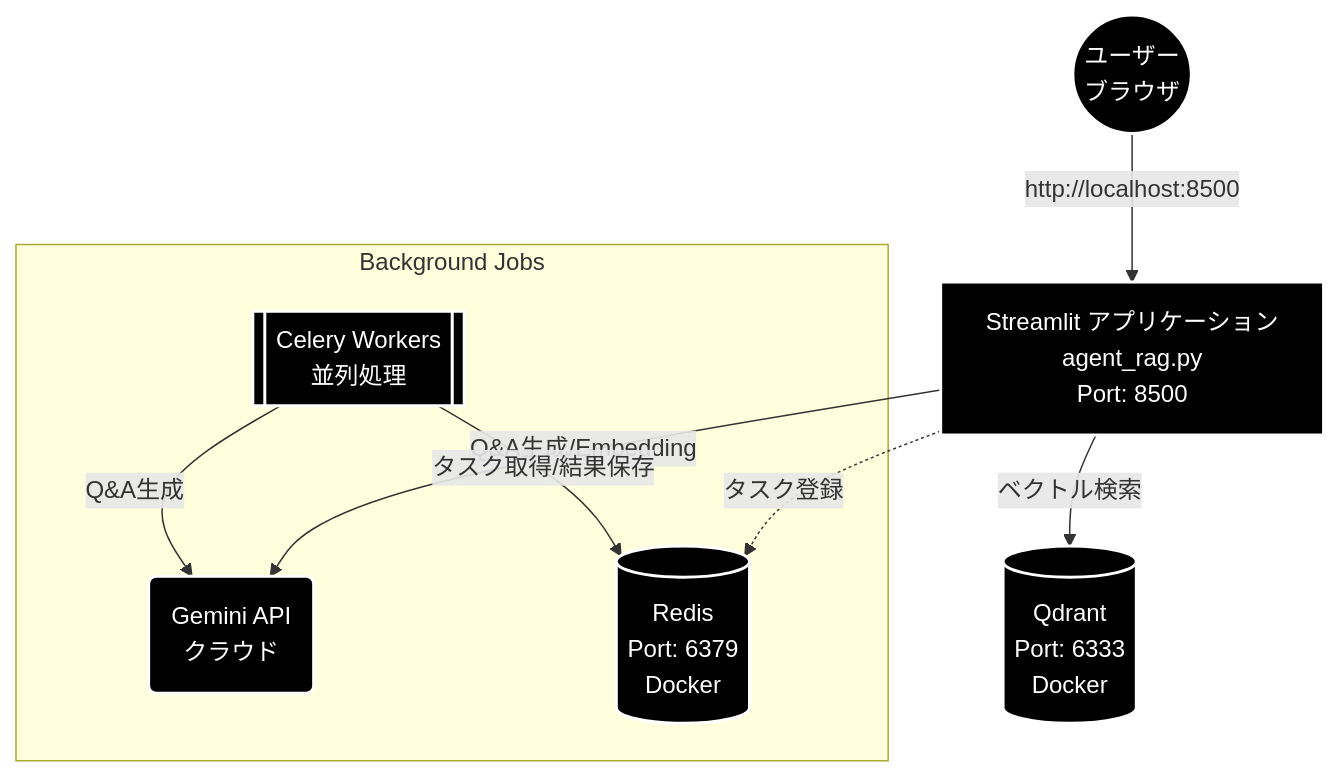
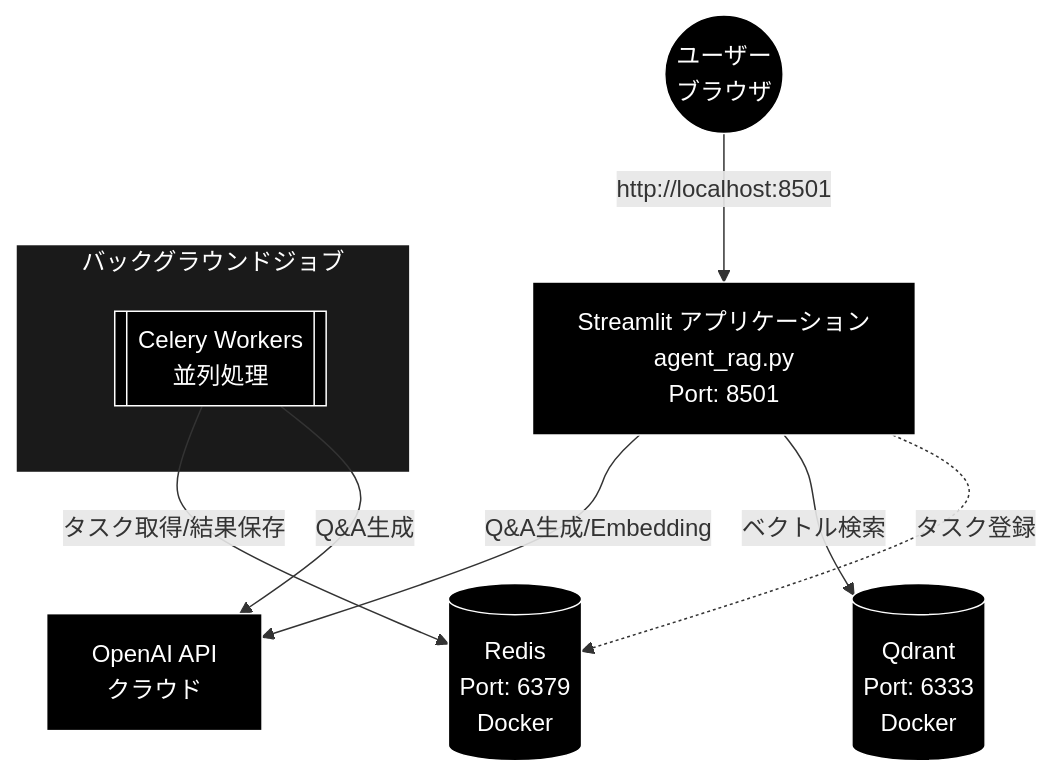
One commit to nakashima2toshio/openai_grace_agent changed the diagram in readme_make_env.md. Above: the diagram before and after it, drawn with Mermaid. The commit also changed other lines of this file and 4 other files, not shown here.

````diff
--- a/readme_make_env.md
+++ b/readme_make_env.md
@@ -11,21 +13,18 @@
 ```mermaid
 graph TD
-    User((ユーザー<br>ブラウザ)) -->|http://localhost:8500| Streamlit[Streamlit アプリケーション<br>agent_rag.py<br>Port: 8500]
+    User(("ユーザー<br>ブラウザ")) -->|"http://localhost:8501"| Streamlit["Streamlit アプリケーション<br>agent_rag.py<br>Port: 8501"]
 
-    Streamlit -->|Q&A生成/Embedding| Gemini(Gemini API<br>クラウド)
-    Streamlit -->|ベクトル検索| Qdrant[(Qdrant<br>Port: 6333<br>Docker)]
-    Streamlit -.->|タスク登録| Redis[(Redis<br>Port: 6379<br>Docker)]
+    Streamlit -->|"Q&A生成/Embedding"| OpenAI["OpenAI API<br>クラウド"]
+    Streamlit -->|"ベクトル検索"| Qdrant[("Qdrant<br>Port: 6333<br>Docker")]
+    Streamlit -.->|"タスク登録"| Redis[("Redis<br>Port: 6379<br>Docker")]
 
-    subgraph Background Jobs
-        Celery[[Celery Workers<br>並列処理]]
-        Celery -->|タスク取得/結果保存| Redis
-        Celery -->|Q&A生成| Gemini
+    subgraph BGJobs["バックグラウンドジョブ"]
+        Celery[["Celery Workers<br>並列処理"]]
     end
-
-    style User fill:#000,stroke:#fff,stroke-width:2px,color:#fff
-    style Streamlit fill:#000,stroke:#fff,stroke-width:2px,color:#fff
-    style Gemini fill:#000,stroke:#fff,stroke-width:2px,color:#fff
-    style Qdrant fill:#000,stroke:#fff,stroke-width:2px,color:#fff
-    style Redis fill:#000,stroke:#fff,stroke-width:2px,color:#fff
-    style Celery fill:#000,stroke:#fff,stroke-width:2px,color:#fff
+    Celery -->|"タスク取得/結果保存"| Redis
+    Celery -->|"Q&A生成"| OpenAI
+classDef default fill:#000,stroke:#fff,color:#fff
+classDef subgraphStyle fill:#1a1a1a,stroke:#fff,color:#fff
+class User,Streamlit,OpenAI,Qdrant,Redis,Celery default
+style BGJobs fill:#1a1a1a,stroke:#fff,color:#fff
 ```
````
